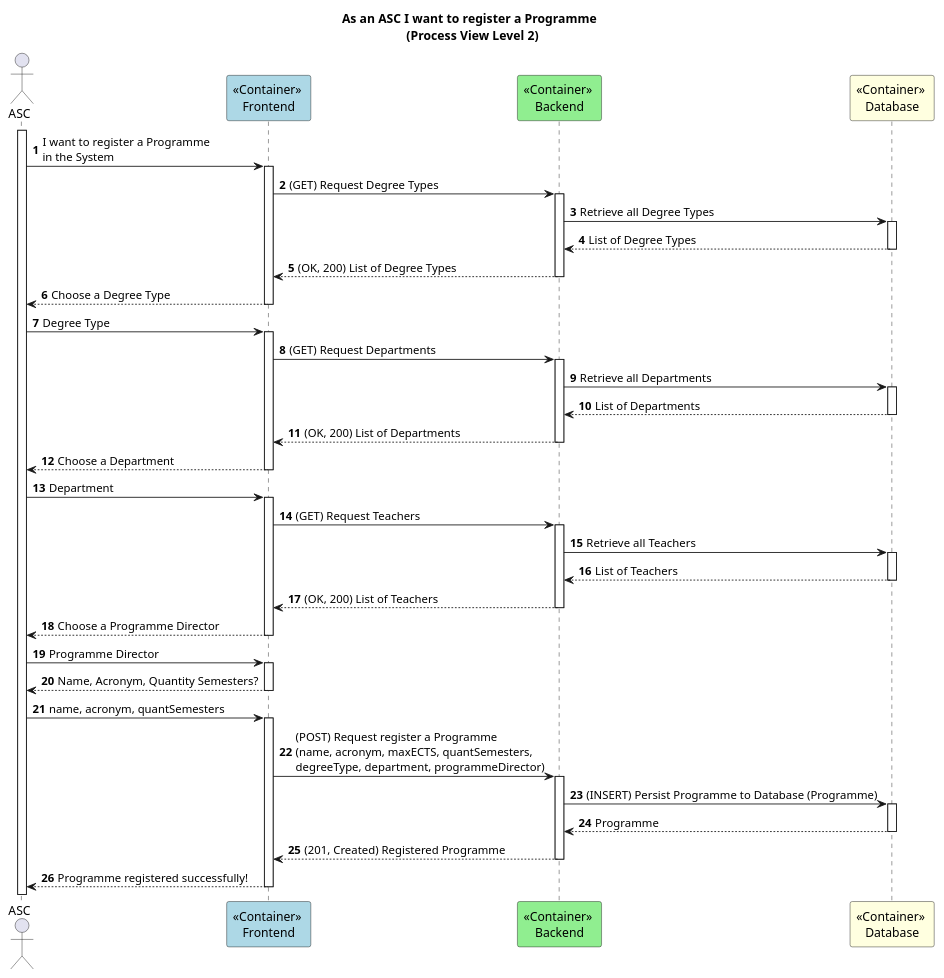
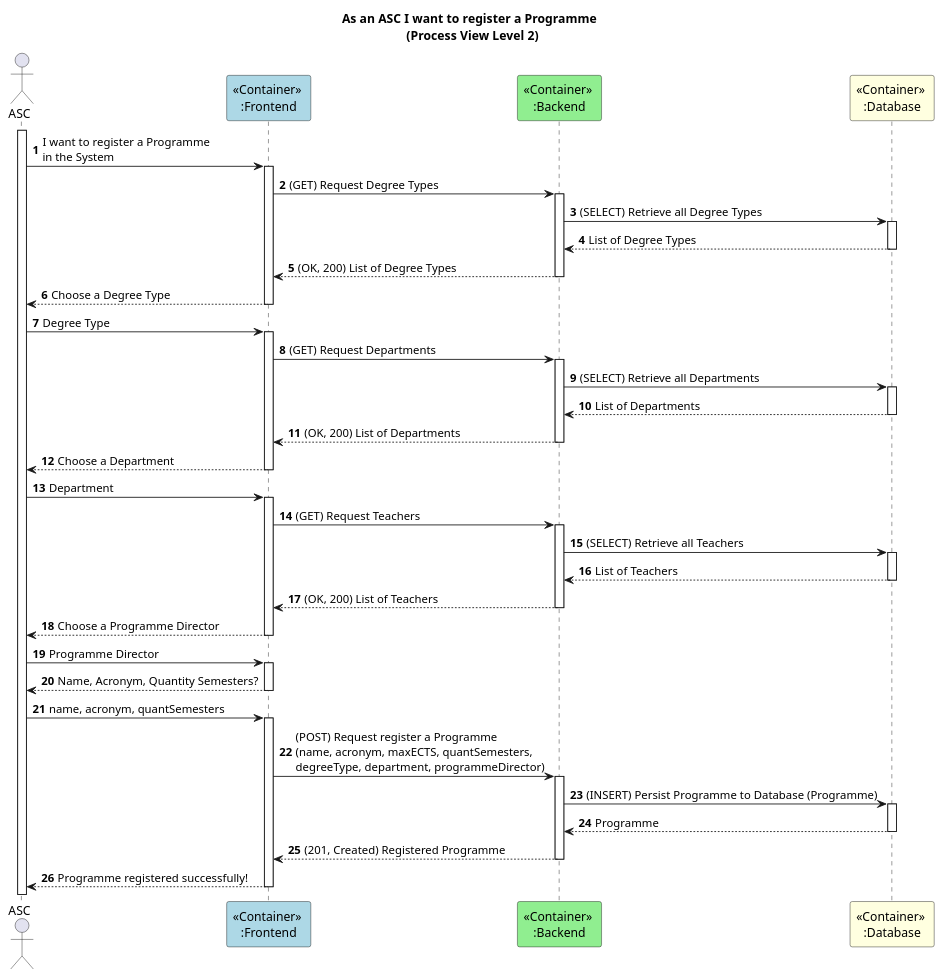
One commit to GasparISEP/DevOps-PAI changed the diagram in docs/US31/ProcessView/Level2.puml. Above: the diagram before and after it, drawn with PlantUML. The commit also changed 1 other file, not shown here.

Commit message:
Ref #505, #523: Made small corrections to ProcessView Level 1 and 2 diagrams

```diff
--- a/docs/US31/ProcessView/Level2.puml
+++ b/docs/US31/ProcessView/Level2.puml
@@ -1,43 +1,43 @@
 @startuml
 
 autonumber
 
 title As an ASC I want to register a Programme \n (Process View Level 2)
 
 actor ASC as Admin
-participant "<<Container>> \nFrontend" as FE #lightblue
-participant "<<Container>> \nBackend" as BE #lightgreen
-participant "<<Container>> \nDatabase" as BD #lightyellow
+participant "<<Container>> \n:Frontend" as FE #lightblue
+participant "<<Container>> \n:Backend" as BE #lightgreen
+participant "<<Container>> \n:Database" as BD #lightyellow
 
 activate Admin
 Admin -> FE ++: I want to register a Programme \nin the System
 FE -> BE ++: (GET) Request Degree Types
-BE -> BD ++: Retrieve all Degree Types
+BE -> BD ++: (SELECT) Retrieve all Degree Types
 BD --> BE --: List of Degree Types
 BE --> FE --: (OK, 200) List of Degree Types
 FE --> Admin --: Choose a Degree Type
 Admin -> FE ++: Degree Type
 
 FE -> BE ++: (GET) Request Departments
-BE -> BD ++: Retrieve all Departments
+BE -> BD ++: (SELECT) Retrieve all Departments
 BD --> BE --: List of Departments
 BE --> FE --: (OK, 200) List of Departments
 FE --> Admin --: Choose a Department
 Admin -> FE ++: Department
 
 FE -> BE ++: (GET) Request Teachers
-BE -> BD ++: Retrieve all Teachers
+BE -> BD ++: (SELECT) Retrieve all Teachers
 BD --> BE --: List of Teachers
 BE --> FE --: (OK, 200) List of Teachers
 FE --> Admin --: Choose a Programme Director
 Admin -> FE ++: Programme Director
 
 FE --> Admin --: Name, Acronym, Quantity Semesters?
 Admin -> FE ++: name, acronym, quantSemesters
 FE -> BE ++: (POST) Request register a Programme \n(name, acronym, maxECTS, quantSemesters, \ndegreeType, department, programmeDirector)
 BE -> BD ++: (INSERT) Persist Programme to Database (Programme)
 BD --> BE --: Programme
 BE --> FE --: (201, Created) Registered Programme
 FE --> Admin --: Programme registered successfully!
 
 @enduml
```
